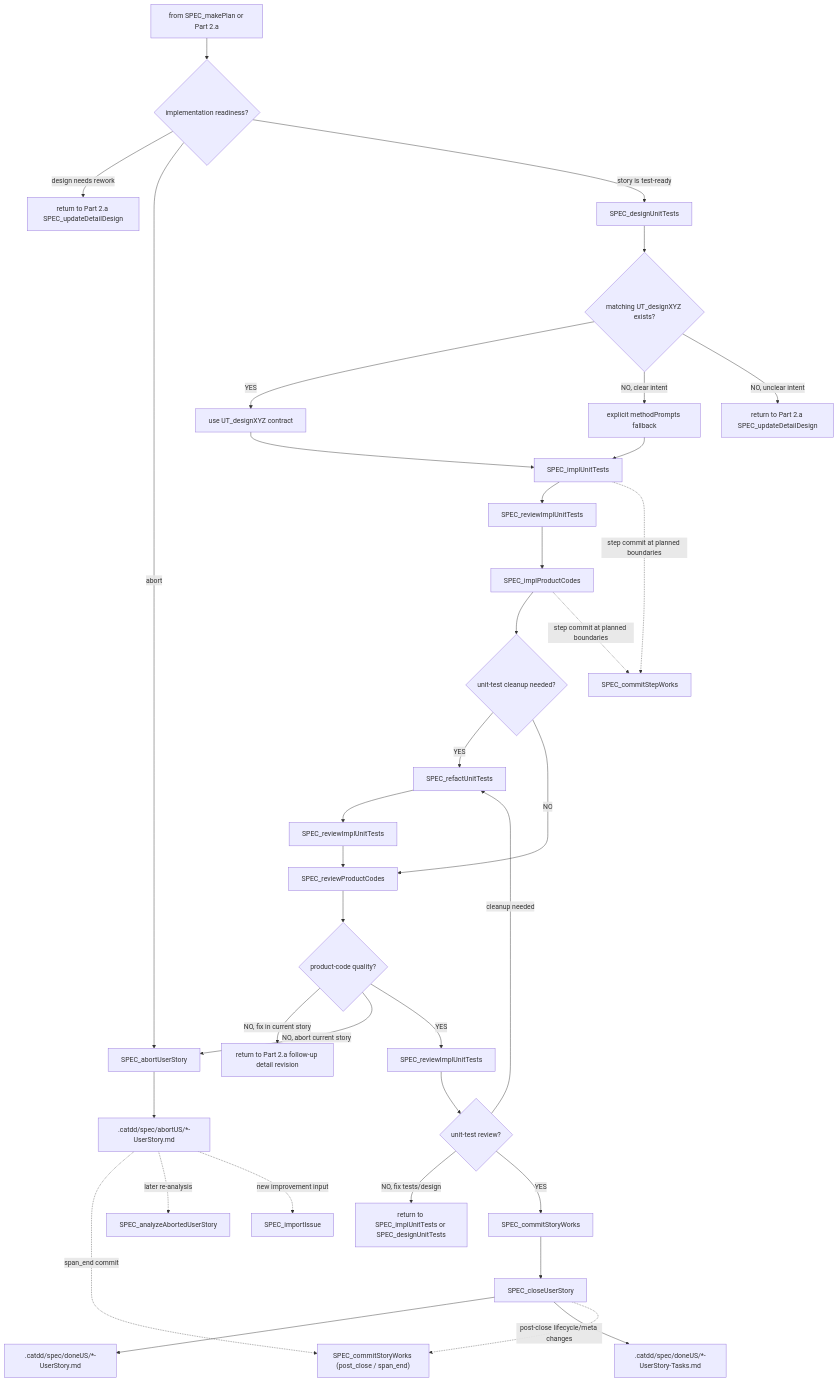
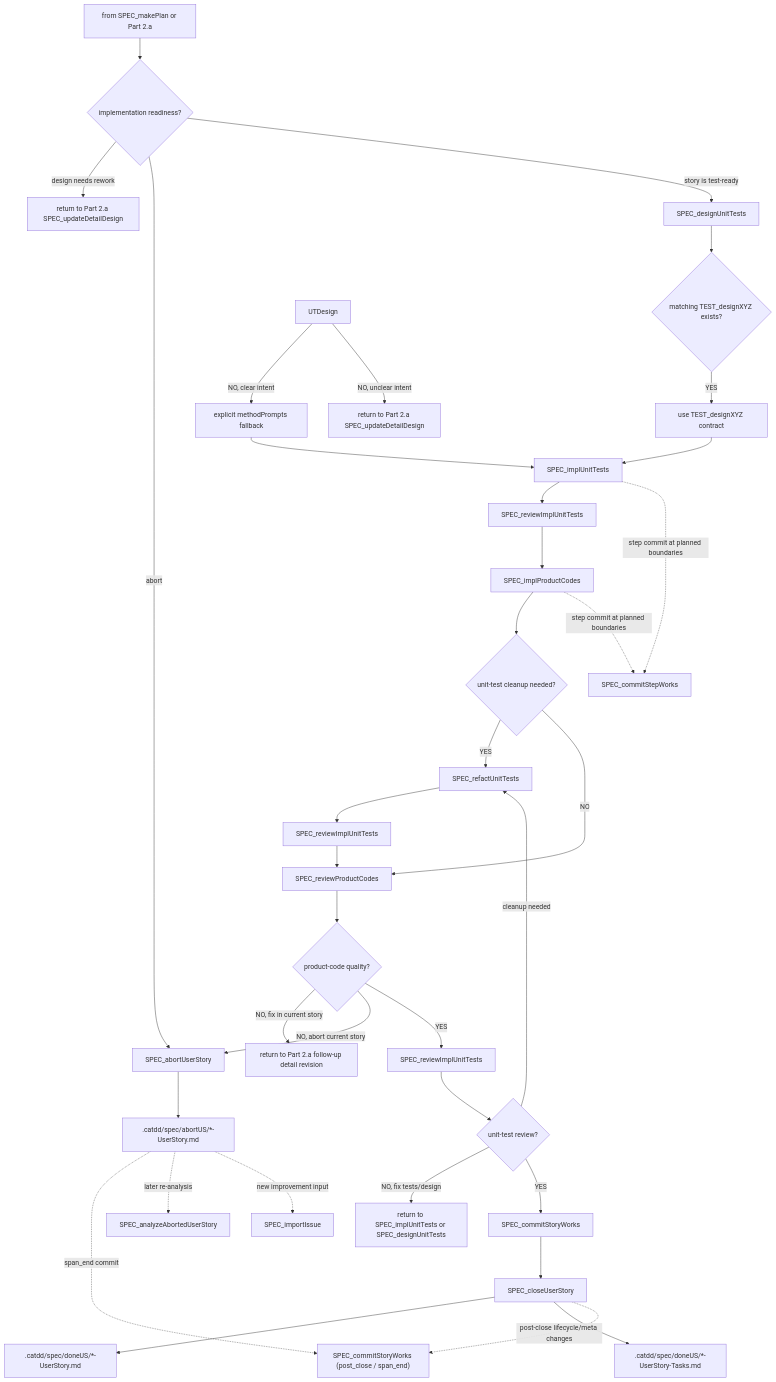
Before and after one commit to EnigmaWU/MyCaTDD: the third of 3 diagrams in slashCommands/flows/Px-SpecFlow.md, drawn with Mermaid. The commit also changed other lines of this file and 87 other files, not shown here.

````diff
--- a/slashCommands/flows/Px-SpecFlow.md
+++ b/slashCommands/flows/Px-SpecFlow.md
@@ -403,40 +403,40 @@
 ```mermaid
 flowchart TB
     Part2b["from SPEC_makePlan or Part 2.a"] --> ImplementationChoice{"implementation readiness?"}
     ImplementationChoice -- "design needs rework" --> ReviewStoryRef["return to Part 2.a SPEC_updateDetailDesign"]
     ImplementationChoice -- "abort" --> Abort2b["SPEC_abortUserStory"]
     ImplementationChoice -- "story is test-ready" --> DesignTests["SPEC_designUnitTests"]
 
-    DesignTests --> UTDesign{"matching UT_designXYZ exists?"}
-    UTDesign -- "YES" --> CategoryDesign["use UT_designXYZ contract"]
+    DesignTests --> TESTDesign{"matching TEST_designXYZ exists?"}
+    TESTDesign -- "YES" --> CategoryDesign["use TEST_designXYZ contract"]
     UTDesign -- "NO, clear intent" --> MethodFallback["explicit methodPrompts fallback"]
     UTDesign -- "NO, unclear intent" --> DetailGap["return to Part 2.a SPEC_updateDetailDesign"]
     CategoryDesign --> ImplTests["SPEC_implUnitTests"]
     MethodFallback --> ImplTests
     ImplTests --> ReviewImplTests["SPEC_reviewImplUnitTests"]
     ReviewImplTests --> ImplCode["SPEC_implProductCodes"]
     ImplCode --> RefactTests{"unit-test cleanup needed?"}
     RefactTests -- "YES" --> RefactUnitTests["SPEC_refactUnitTests"]
     RefactUnitTests --> ReviewImplTestsAfterRefactor["SPEC_reviewImplUnitTests"]
     ReviewImplTestsAfterRefactor --> ReviewCode["SPEC_reviewProductCodes"]
     RefactTests -- "NO" --> ReviewCode
     ReviewCode --> QualityCode{"product-code quality?"}
 
     QualityCode -- "NO, fix in current story" --> DesignRework["return to Part 2.a follow-up detail revision"]
     QualityCode -- "NO, abort current story" --> Abort2b
     QualityCode -- "YES" --> ReviewImplTestsAfterProductCode["SPEC_reviewImplUnitTests"]
     ReviewImplTestsAfterProductCode --> UnitTestQuality{"unit-test review?"}
     UnitTestQuality -- "NO, fix tests/design" --> TestRework["return to SPEC_implUnitTests or SPEC_designUnitTests"]
     UnitTestQuality -- "cleanup needed" --> RefactUnitTests
     UnitTestQuality -- "YES" --> Commit["SPEC_commitStoryWorks"]
     Commit --> Close["SPEC_closeUserStory"]
     ImplTests -. "step commit at planned boundaries" .-> StepCommit["SPEC_commitStepWorks"]
     ImplCode -. "step commit at planned boundaries" .-> StepCommit
     Close --> Done[".catdd/spec/doneUS/*-UserStory.md"]
     Close --> DoneTasks[".catdd/spec/doneUS/*-UserStory-Tasks.md"]
     Close -. "post-close lifecycle/meta changes" .-> CommitFinalize["SPEC_commitStoryWorks (post_close / span_end)"]
     Abort2b --> AbortUS2b[".catdd/spec/abortUS/*-UserStory.md"]
     AbortUS2b -. "span_end commit" .-> CommitFinalize
     AbortUS2b -. "later re-analysis" .-> AnalyzeAbort2b["SPEC_analyzeAbortedUserStory"]
     AbortUS2b -. "new improvement input" .-> ImportIssue2b["SPEC_importIssue"]
 ```
````
